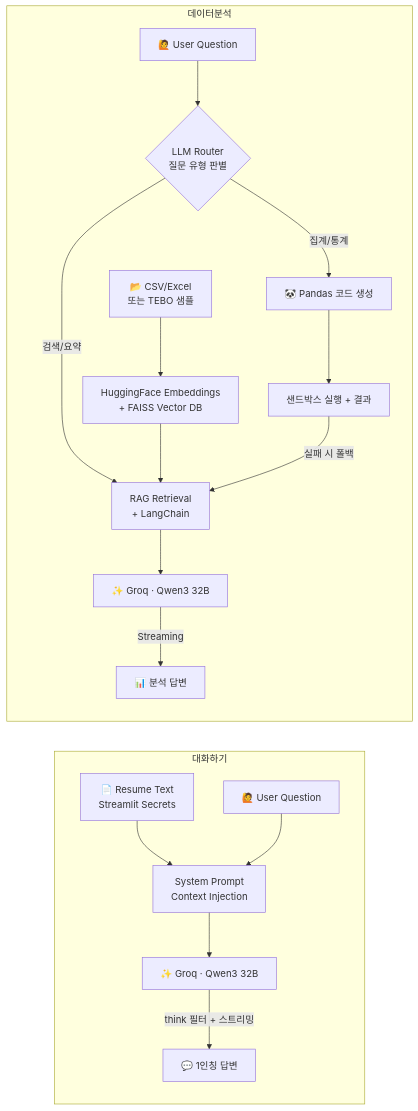
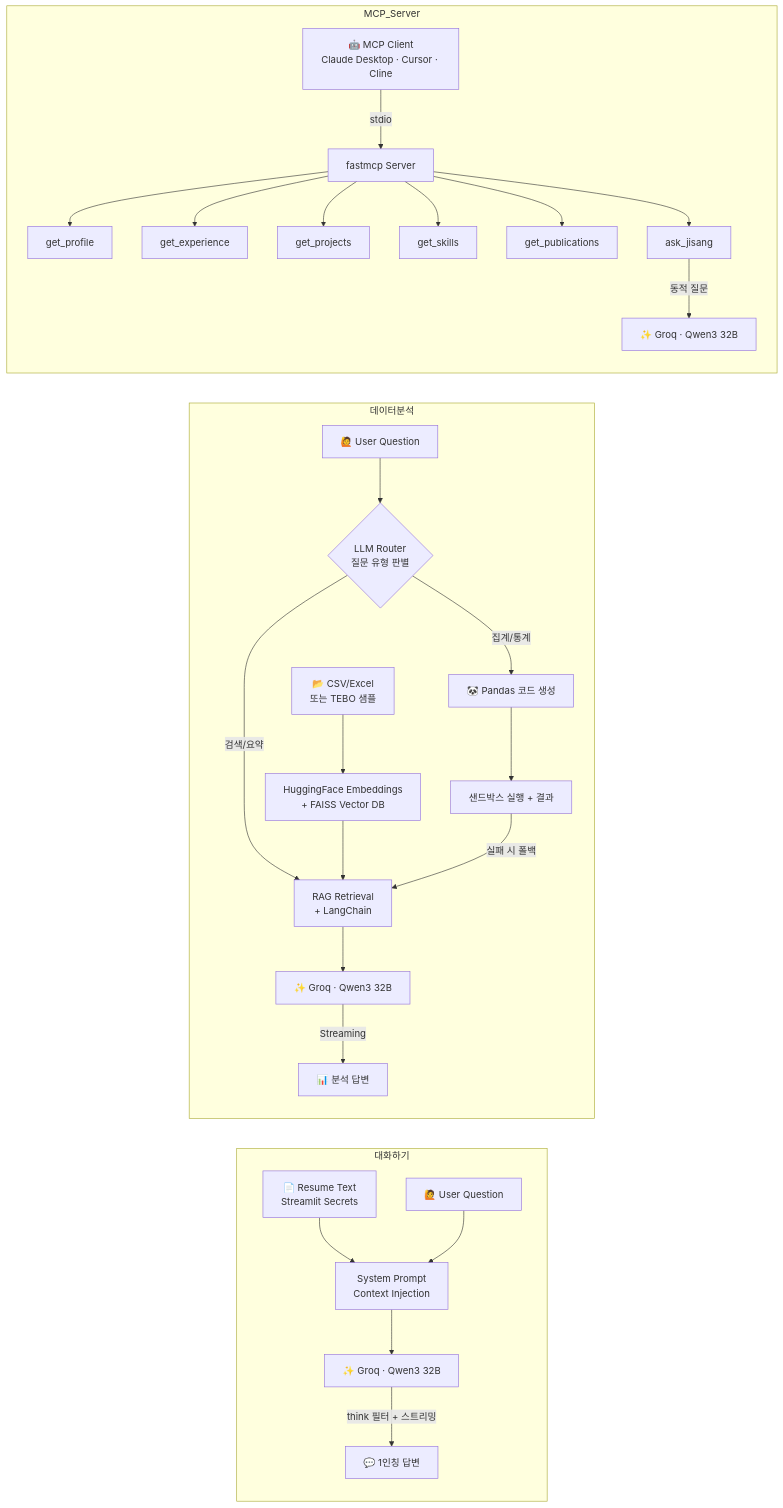
The diagram in README.md (jisangfolio/jisangfolio), drawn with Mermaid before and after one commit. The commit also changed other lines of this file and 2 other files, not shown here.

````diff
--- a/README.md
+++ b/README.md
@@ -53,21 +80,32 @@
 ```mermaid
 graph LR
     subgraph 대화하기
         A[📄 Resume Text\nStreamlit Secrets] --> B[System Prompt\nContext Injection]
         C[🙋 User Question] --> B
         B --> D[✨ Groq · Qwen3 32B]
         D -->|think 필터 + 스트리밍| E[💬 1인칭 답변]
     end
 
     subgraph 데이터분석
         F[📂 CSV/Excel\n또는 TEBO 샘플] --> G[HuggingFace Embeddings\n+ FAISS Vector DB]
         H[🙋 User Question] --> L{LLM Router\n질문 유형 판별}
         L -->|집계/통계| M[🐼 Pandas 코드 생성]
         M --> N[샌드박스 실행 + 결과]
         L -->|검색/요약| I[RAG Retrieval\n+ LangChain]
         G --> I
         I --> J[✨ Groq · Qwen3 32B]
         J -->|Streaming| K[📊 분석 답변]
         N -->|실패 시 폴백| I
     end
+
+    subgraph MCP_Server
+        P[🤖 MCP Client\nClaude Desktop · Cursor · Cline] -->|stdio| Q[fastmcp Server]
+        Q --> R1[get_profile]
+        Q --> R2[get_experience]
+        Q --> R3[get_projects]
+        Q --> R4[get_skills]
+        Q --> R5[get_publications]
+        Q --> R6[ask_jisang]
+        R6 -->|동적 질문| D2[✨ Groq · Qwen3 32B]
+    end
 ```
````
